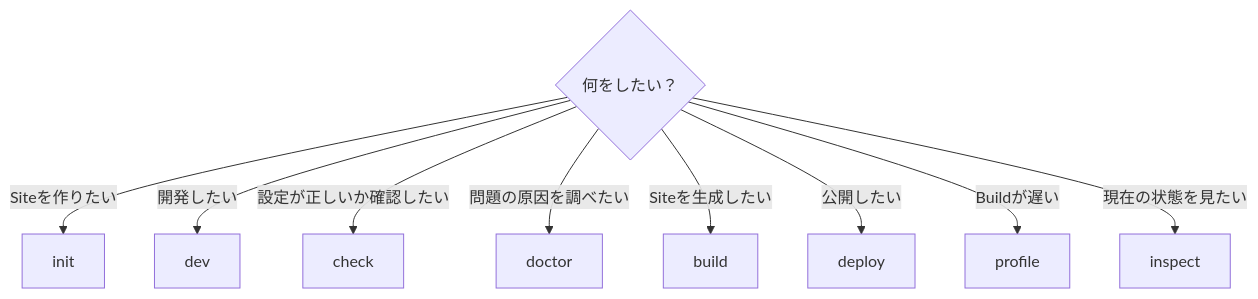
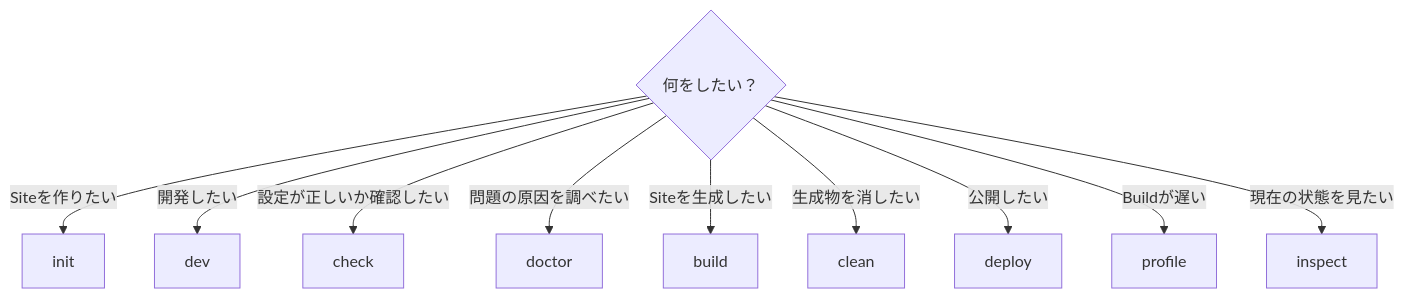
The first of 6 diagrams in docs/ja/docs/reference/cli.md (Rerurate514/riebeckite), drawn with Mermaid before and after one commit. The commit also changed other lines of this file and 11 other files, not shown here.

````diff
--- a/docs/ja/docs/reference/cli.md
+++ b/docs/ja/docs/reference/cli.md
@@ -49,13 +51,14 @@
 ```mermaid id="ctqx7e"
 flowchart TD
     Q{"何をしたい？"}
 
     Q -->|"Siteを作りたい"| Init["init"]
     Q -->|"開発したい"| Dev["dev"]
     Q -->|"設定が正しいか確認したい"| Check["check"]
     Q -->|"問題の原因を調べたい"| Doctor["doctor"]
     Q -->|"Siteを生成したい"| Build["build"]
+    Q -->|"生成物を消したい"| Clean["clean"]
     Q -->|"公開したい"| Deploy["deploy"]
     Q -->|"Buildが遅い"| Profile["profile"]
     Q -->|"現在の状態を見たい"| Inspect["inspect"]
 ```
````
